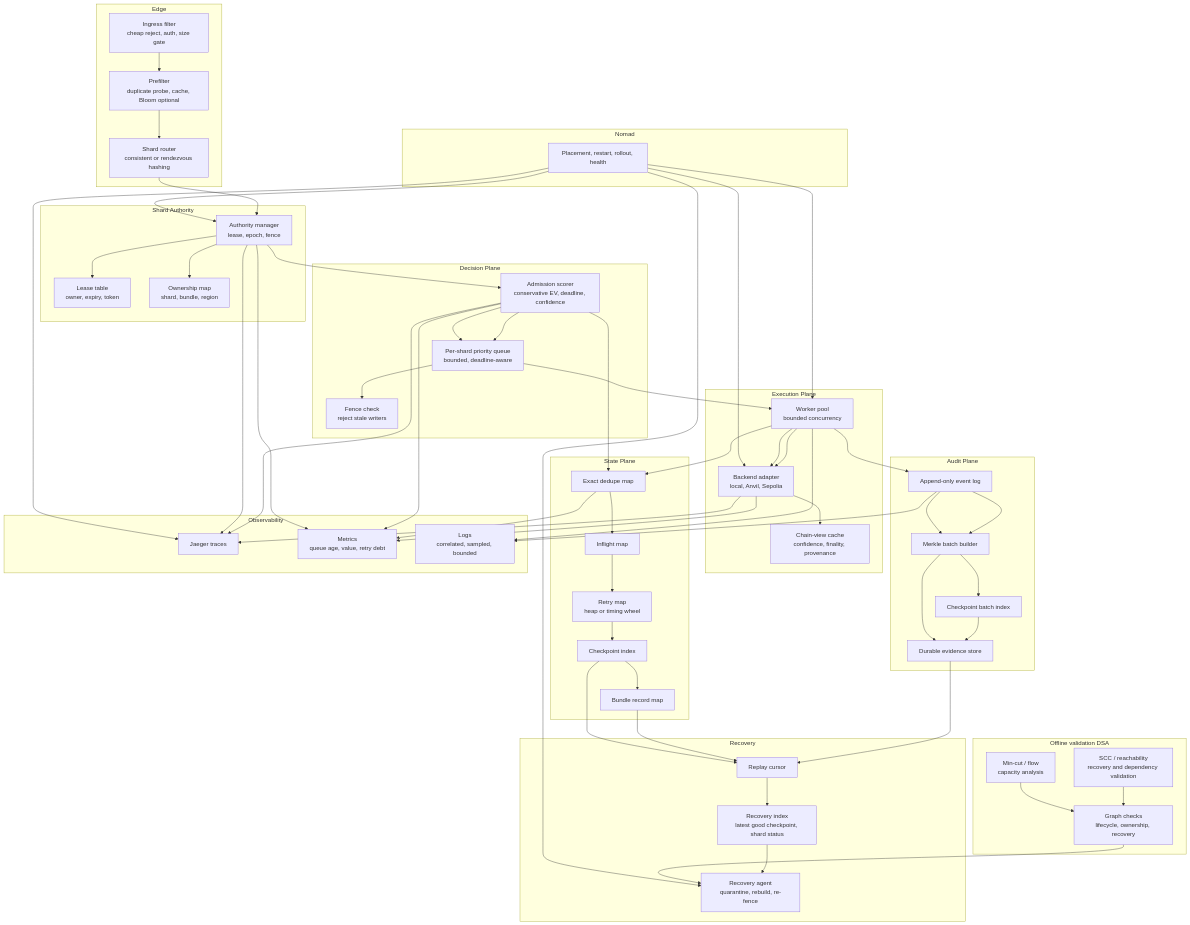
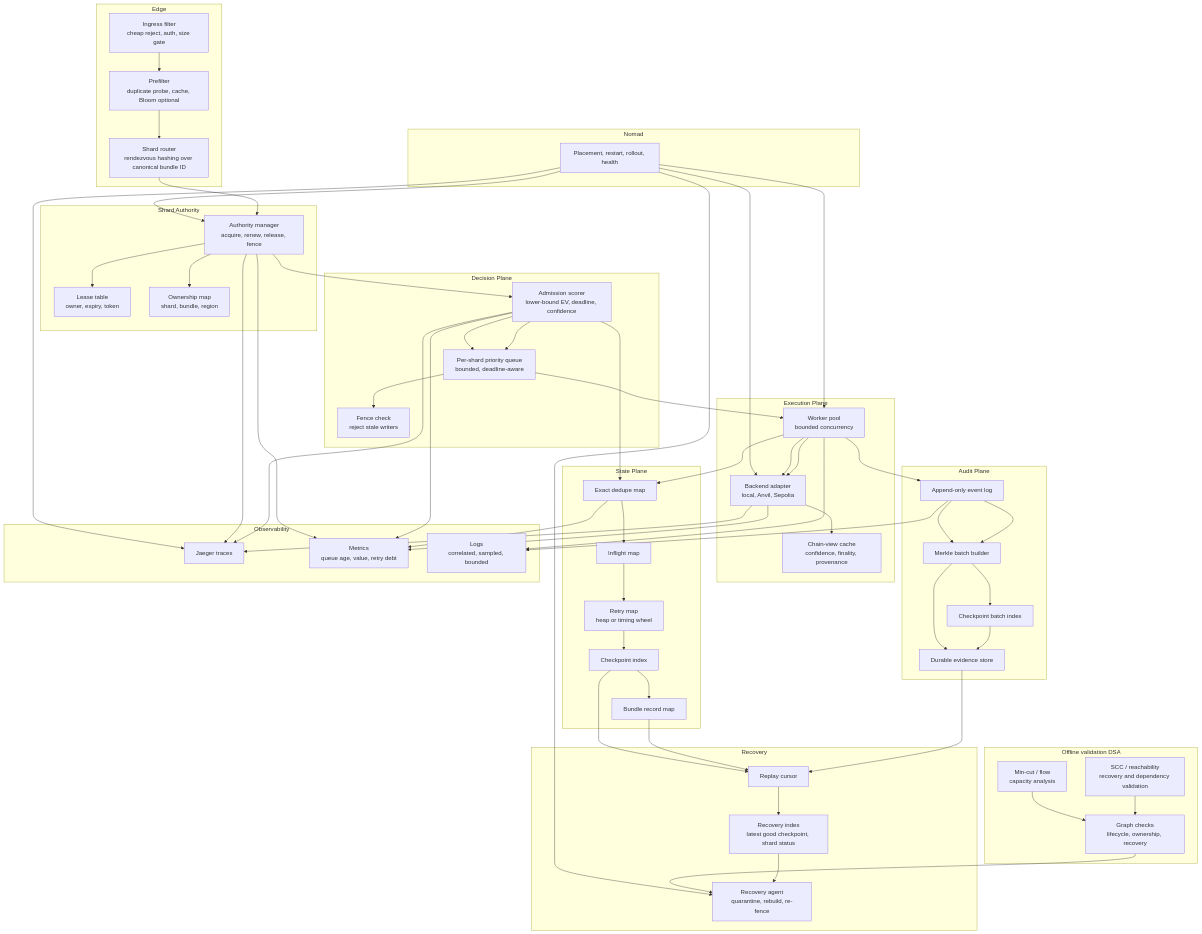
The diagram in blockchain/eth/mev/v3/README.md (kofi-ska/swe-projects), drawn with Mermaid before and after one commit. The commit also changed other lines of this file, not shown here.

```diff
--- a/blockchain/eth/mev/v3/README.md
+++ b/blockchain/eth/mev/v3/README.md
@@ -73,12 +160,12 @@
   subgraph Edge["Edge"]
     I["Ingress filter<br/>cheap reject, auth, size gate"]
     P["Prefilter<br/>duplicate probe, cache, Bloom optional"]
-    R["Shard router<br/>consistent or rendezvous hashing"]
+    R["Shard router<br/>rendezvous hashing over canonical bundle ID"]
     I --> P --> R
   end
 
   subgraph Authority["Shard Authority"]
-    A["Authority manager<br/>lease, epoch, fence"]
+    A["Authority manager<br/>acquire, renew, release, fence"]
     L["Lease table<br/>owner, expiry, token"]
     O["Ownership map<br/>shard, bundle, region"]
     A --> L
@@ -86,7 +173,7 @@
   end
 
   subgraph Decision["Decision Plane"]
-    S["Admission scorer<br/>conservative EV, deadline, confidence"]
+    S["Admission scorer<br/>lower-bound EV, deadline, confidence"]
     Q["Per-shard priority queue<br/>bounded, deadline-aware"]
     F["Fence check<br/>reject stale writers"]
     S --> Q --> F
```
